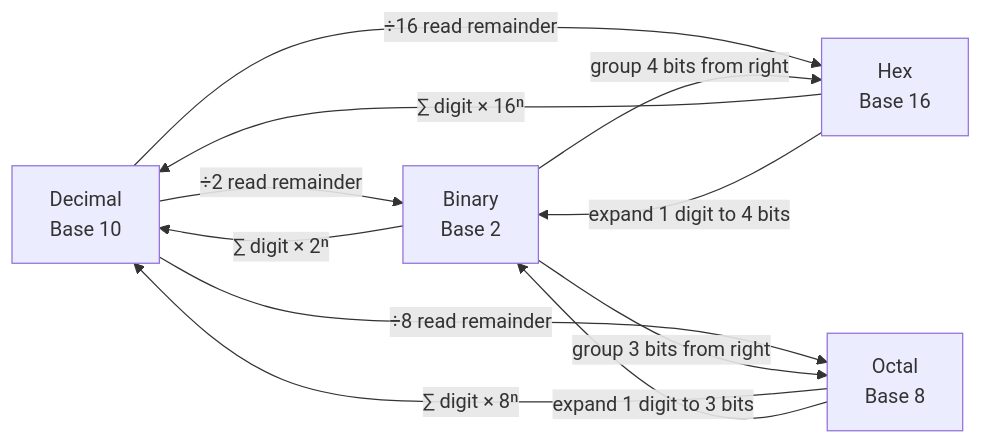
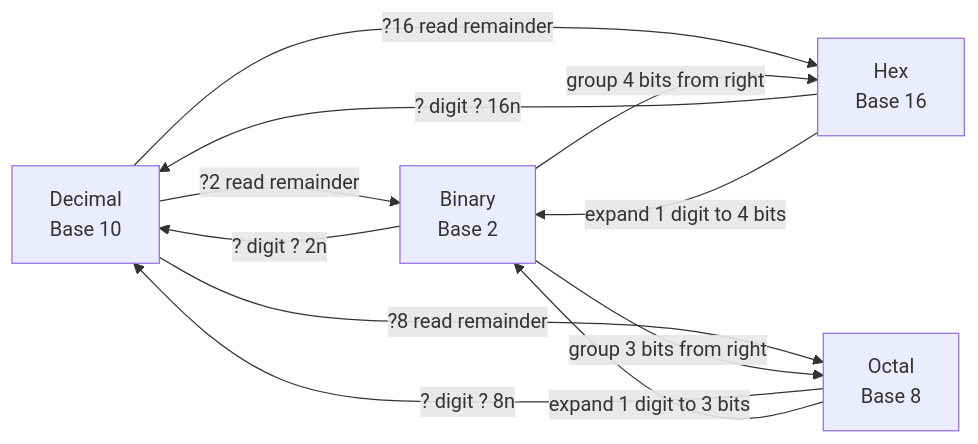
Before and after one commit to Raushan666java/ai-engineering-journey: the fifth of 7 diagrams in docs/courses/digital-logic/01-introduction.md, drawn with Mermaid. The commit also changed other lines of this file and 790 other files, not shown here.

Commit message:
Sync all course diagram renders and content updates

````diff
--- a/docs/courses/digital-logic/01-introduction.md
+++ b/docs/courses/digital-logic/01-introduction.md
@@ -639,13 +639,13 @@
 ```mermaid
 flowchart LR
-    Dec[Decimal<br/>Base 10] -->|÷2 read remainder| Bin[Binary<br/>Base 2]
-    Bin -->|∑ digit × 2ⁿ| Dec
-    Dec -->|÷8 read remainder| Oct[Octal<br/>Base 8]
-    Oct -->|∑ digit × 8ⁿ| Dec
-    Dec -->|÷16 read remainder| Hex[Hex<br/>Base 16]
-    Hex -->|∑ digit × 16ⁿ| Dec
+    Dec[Decimal<br/>Base 10] -->|?2 read remainder| Bin[Binary<br/>Base 2]
+    Bin -->|? digit ? 2n| Dec
+    Dec -->|?8 read remainder| Oct[Octal<br/>Base 8]
+    Oct -->|? digit ? 8n| Dec
+    Dec -->|?16 read remainder| Hex[Hex<br/>Base 16]
+    Hex -->|? digit ? 16n| Dec
     Bin -->|group 4 bits from right| Hex
     Hex -->|expand 1 digit to 4 bits| Bin
     Bin -->|group 3 bits from right| Oct
     Oct -->|expand 1 digit to 3 bits| Bin
 ```
````
